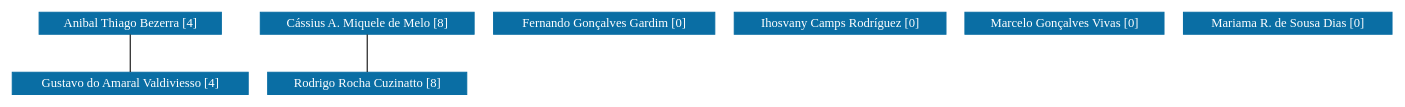
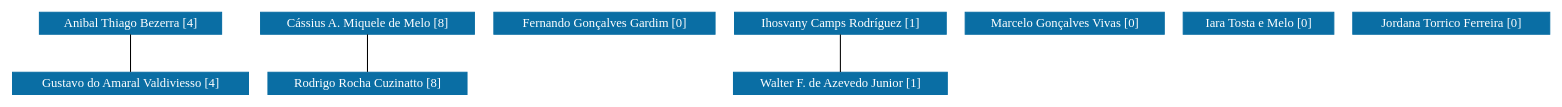
One commit to icamps/unifal-lattes.github.io changed the diagram in PPGF-UNIFAL/grafoDeColaboracoesSemPesos.dot. Above: the diagram before and after it, drawn with Graphviz. The commit also changed 593 other files, not shown here.

```diff
--- a/PPGF-UNIFAL/grafoDeColaboracoesSemPesos.dot
+++ b/PPGF-UNIFAL/grafoDeColaboracoesSemPesos.dot
@@ -1,69 +1,84 @@
 strict graph grafo1 {
-	graph [bb="0,0,1085,78",
+	graph [bb="0,0,1207,78",
 		id=grafo1,
 		overlap=False
 	];
 	node [fontsize=12,
 		label="\N",
 		shape=rectangle,
 		style=filled
 	];
 	0	 [URL="membro-8478305453281130.html",
 		color="#0A6EA4",
 		fontcolor="#FFFFFF",
 		height=0.29167,
 		label="Anibal Thiago Bezerra [4]",
 		pos="91.5,67.5",
 		width=1.9861];
 	3	 [URL="membro-4023778019418442.html",
 		color="#0A6EA4",
 		fontcolor="#FFFFFF",
 		height=0.29167,
 		label="Gustavo do Amaral Valdiviesso [4]",
 		pos="91.5,10.5",
 		width=2.5417];
 	0 -- 3	 [pos="91.5,56.779 91.5,46.588 91.5,31.348 91.5,21.173"];
 	1	 [URL="membro-4002033080997386.html",
 		color="#0A6EA4",
 		fontcolor="#FFFFFF",
 		height=0.29167,
 		label="Cássius A. Miquele de Melo [8]",
 		pos="278.5,67.5",
 		width=2.3194];
 	6	 [URL="membro-8073303573679522.html",
 		color="#0A6EA4",
 		fontcolor="#FFFFFF",
 		height=0.29167,
 		label="Rodrigo Rocha Cuzinatto [8]",
 		pos="278.5,10.5",
 		width=2.1389];
 	1 -- 6	 [pos="278.5,56.779 278.5,46.588 278.5,31.348 278.5,21.173"];
 	2	 [URL="membro-2425549033248106.html",
 		color="#0A6EA4",
 		fontcolor="#FFFFFF",
 		height=0.29167,
 		label="Fernando Gonçalves Gardim [0]",
 		pos="465.5,67.5",
 		width=2.3611];
 	4	 [URL="membro-3732563704810366.html",
 		color="#0A6EA4",
 		fontcolor="#FFFFFF",
 		height=0.29167,
-		label="Ihosvany Camps Rodríguez [0]",
+		label="Ihosvany Camps Rodríguez [1]",
 		pos="650.5,67.5",
 		width=2.2778];
+	7	 [URL="membro-4183276948524704.html",
+		color="#0A6EA4",
+		fontcolor="#FFFFFF",
+		height=0.29167,
+		label="Walter F. de Azevedo Junior [1]",
+		pos="650.5,10.5",
+		width=2.3194];
+	4 -- 7	 [pos="650.5,56.779 650.5,46.588 650.5,31.348 650.5,21.173"];
 	5	 [URL="membro-1312049227898761.html",
 		color="#0A6EA4",
 		fontcolor="#FFFFFF",
 		height=0.29167,
 		label="Marcelo Gonçalves Vivas [0]",
 		pos="828.5,67.5",
 		width=2.1528];
-	7	 [URL="membro-9972552337847809.html",
+	8	 [URL="membro-7286059807128292.html",
 		color="#0A6EA4",
 		fontcolor="#FFFFFF",
 		height=0.29167,
-		label="Mariama R. de Sousa Dias [0]",
-		pos="1004.5,67.5",
-		width=2.2361];
+		label="Iara Tosta e Melo [0]",
+		pos="982.5,67.5",
+		width=1.6111];
+	9	 [URL="membro-2740598136336384.html",
+		color="#0A6EA4",
+		fontcolor="#FFFFFF",
+		height=0.29167,
+		label="Jordana Torrico Ferreira [0]",
+		pos="1132.5,67.5",
+		width=2.0694];
 }
```
